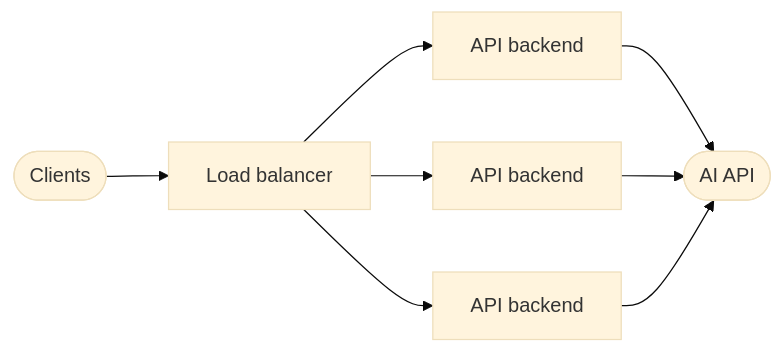
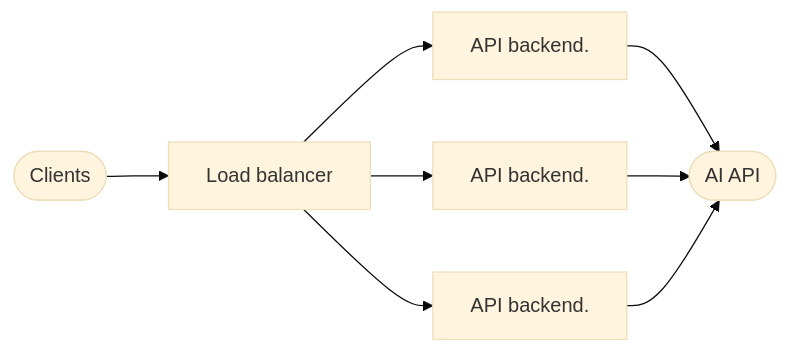
Before and after one commit to g4s8/gdf-am-2025: the second of 5 diagrams in site/content/_index.md, drawn with Mermaid (base theme). The commit also changed other lines of this file, not shown here.

```diff
--- a/site/content/_index.md
+++ b/site/content/_index.md
@@ -94,13 +94,13 @@
 {{< mermaid >}}
 graph LR
-    A(["Clients"])
-    B["Load balancer"]
+    A(["Clients "])
+    B["Load balancer "]
     C(["AI API"])
     A --> B
-    B --> X["API backend"]
-    B --> Y["API backend"]
-    B --> Z["API backend"]
+    B --> X["API backend. "]
+    B --> Y["API backend. "]
+    B --> Z["API backend. "]
     X --> C
     Y --> C
     Z --> C
 {{< /mermaid >}}
```
